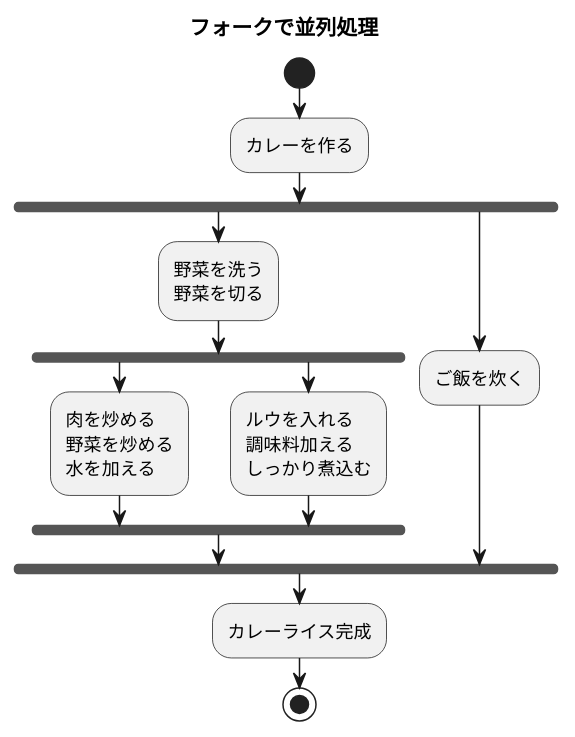
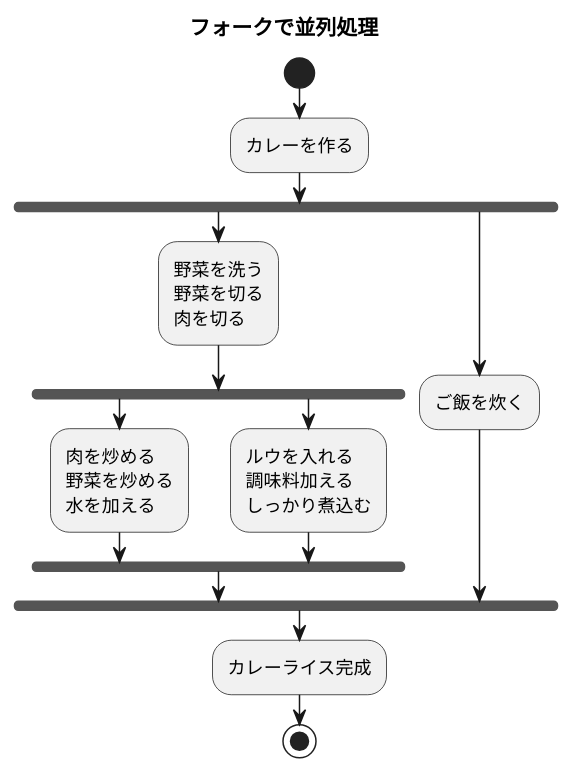
The diagram in 7章練習_ACカレーライス.pu (github-use-a/uml-introduction), drawn with PlantUML before and after one commit.

Commit message:
作成

```diff
--- a/7章練習_ACカレーライス.pu
+++ b/7章練習_ACカレーライス.pu
@@ -1,22 +1,23 @@
 @startuml 並列処理
 title フォークで並列処理
 start
 :カレーを作る;
 fork
 :野菜を洗う
-野菜を切る;
+野菜を切る
+肉を切る;
 fork
 :肉を炒める
 野菜を炒める
 水を加える;
 fork again
 :ルウを入れる
 調味料加える
 しっかり煮込む;
 end fork
 fork again
 :ご飯を炊く;
 end fork
 :カレーライス完成;
 stop
 @enduml
```
